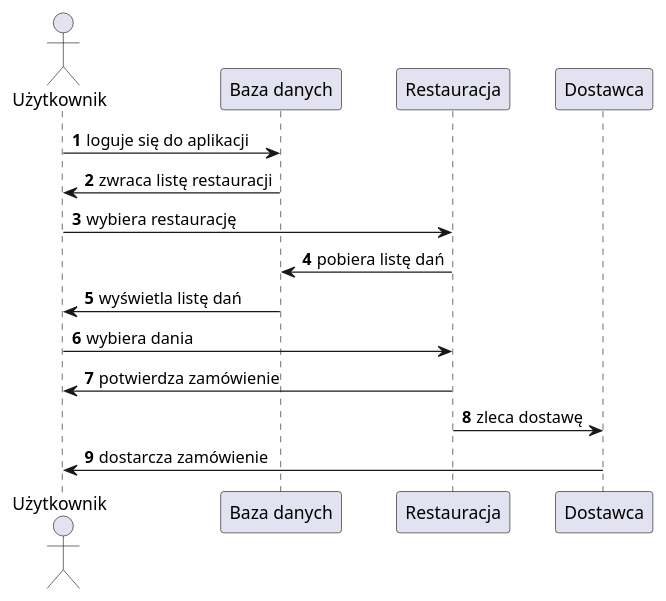
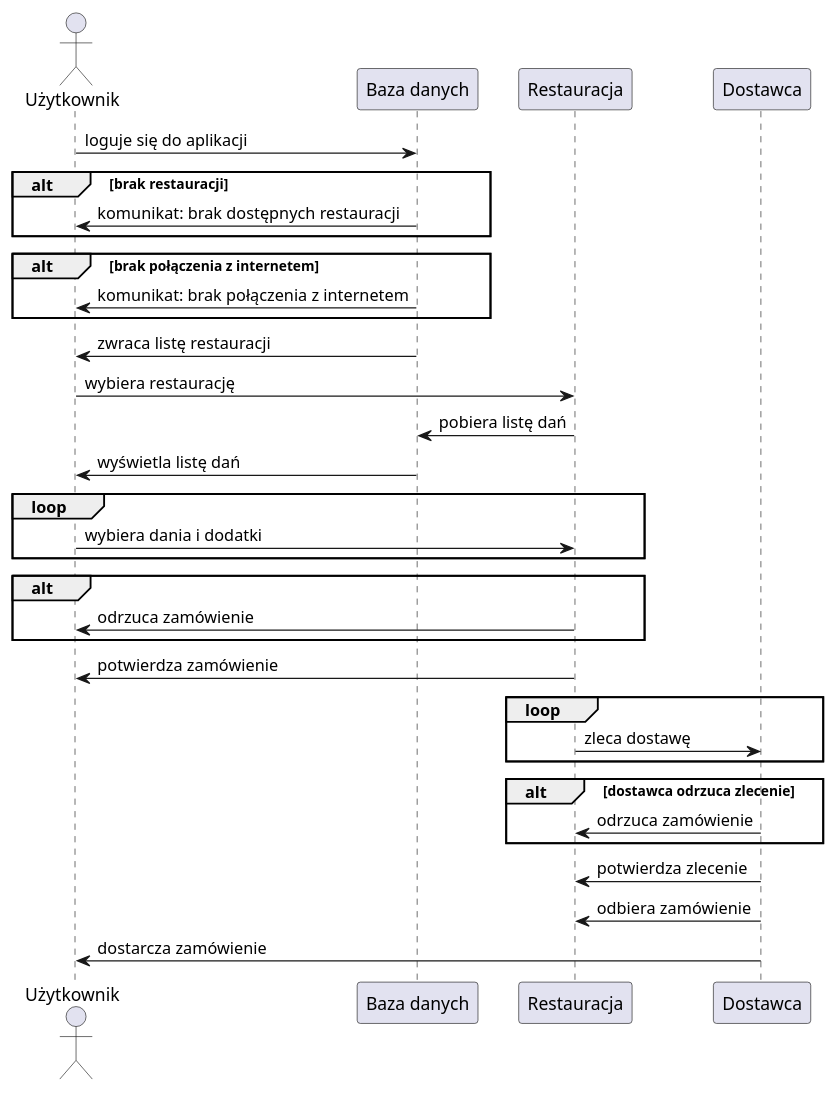
The diagram in docs/order_sequence.md (amelinium23/food-ordering-and-delivering-service), drawn with PlantUML before and after one commit.

Commit message:
Dodanie altów i loopów do diagramu sekwencji zamówienia

````diff
--- a/docs/order_sequence.md
+++ b/docs/order_sequence.md
@@ -1,18 +1,36 @@
 ```plantuml
 @startuml order
-autonumber
 actor Użytkownik as user
 participant "Baza danych" as db
 participant Restauracja as rest
 participant Dostawca as courier
 user -> db : loguje się do aplikacji
+alt brak restauracji
+    user <- db : komunikat: brak dostępnych restauracji
+end
+alt brak połączenia z internetem
+    user <- db : komunikat: brak połączenia z internetem
+end
+
 db -> user : zwraca listę restauracji
 user -> rest : wybiera restaurację
 db <- rest  : pobiera listę dań
 user <- db : wyświetla listę dań
-user -> rest : wybiera dania
+loop
+    user -> rest : wybiera dania i dodatki
+end
+alt
+user <- rest : odrzuca zamówienie
+end
 user <- rest : potwierdza zamówienie
-rest -> courier : zleca dostawę
+loop
+    rest -> courier : zleca dostawę
+end
+alt dostawca odrzuca zlecenie
+    rest <- courier : odrzuca zamówienie
+end
+rest <- courier : potwierdza zlecenie
+rest <- courier : odbiera zamówienie
 user <- courier : dostarcza zamówienie
 @enduml
 ```
````
